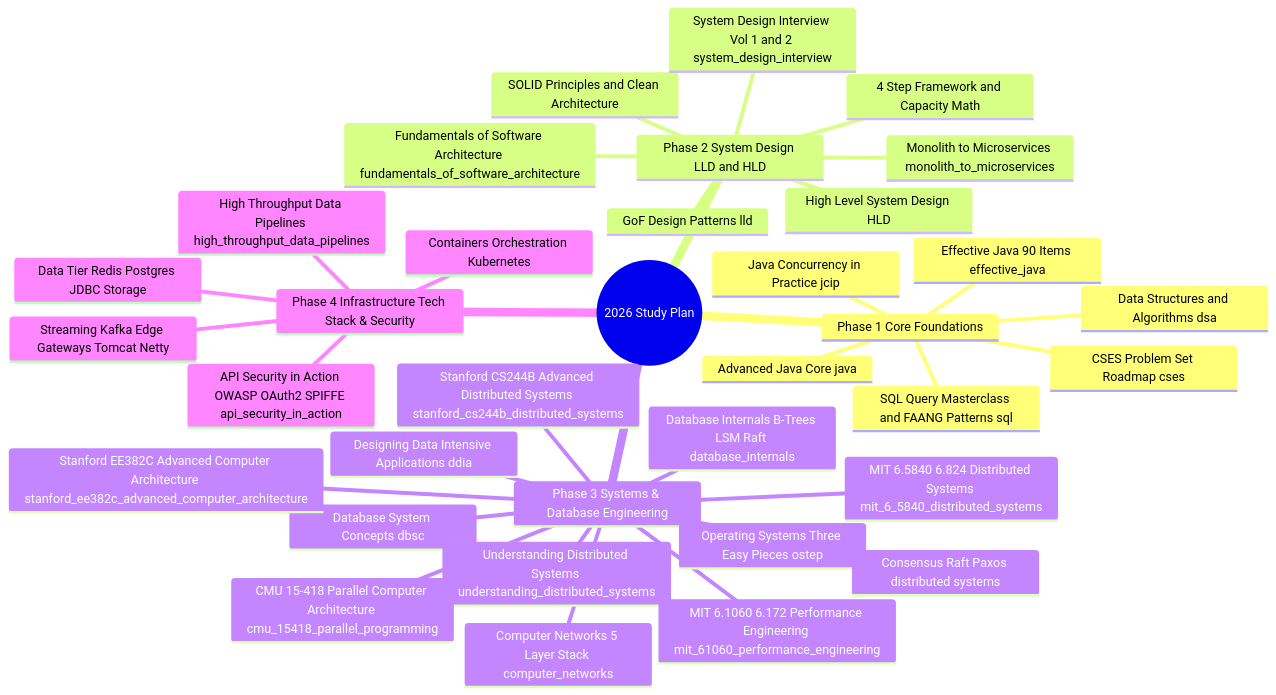
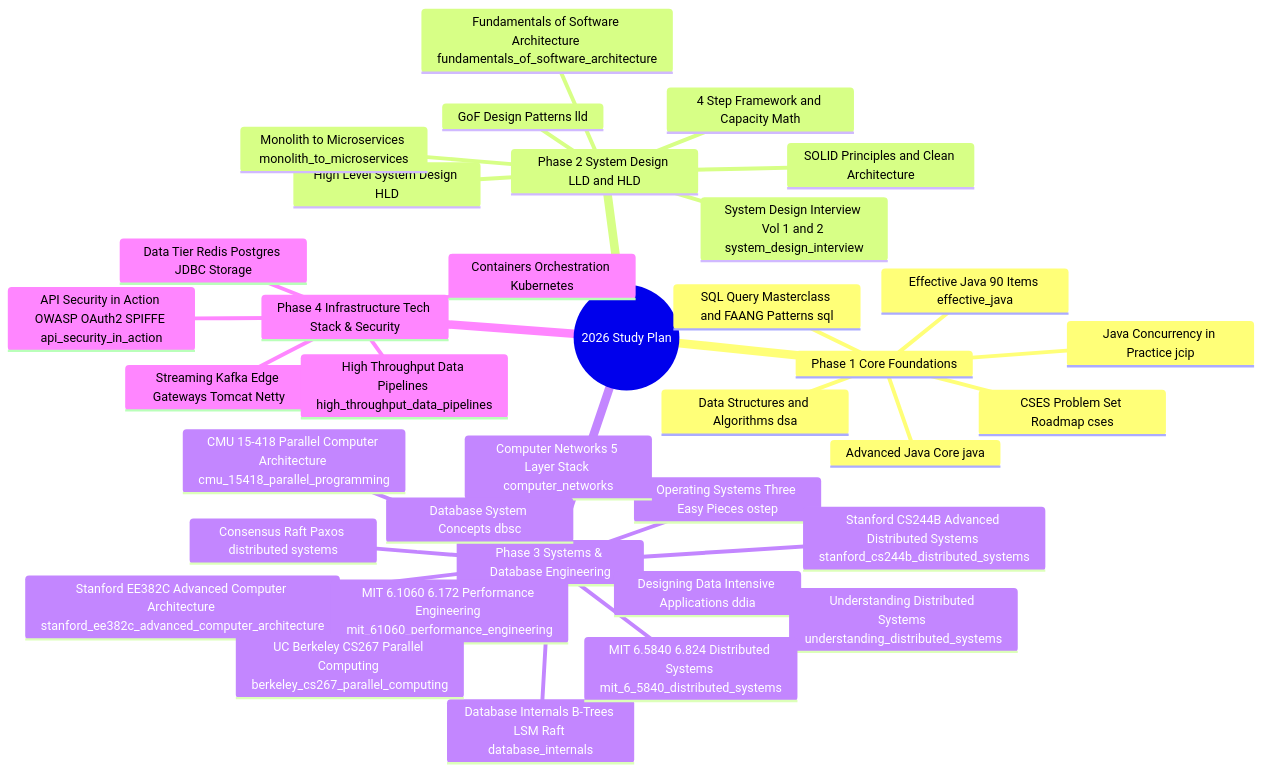
One commit to chauhankartik/private-2026 changed the diagram in STUDY_PLAN_2026.md. Above: the diagram before and after it, drawn with Mermaid. The commit also changed other lines of this file and 5 other files, not shown here.

Commit message:
feat(parallel-comp): add UC Berkeley CS267 Applications of Parallel Computers module with 5 detailed guides, C++ simulation engines, and in-depth Mermaid diagrams

````diff
--- a/STUDY_PLAN_2026.md
+++ b/STUDY_PLAN_2026.md
@@ -9,38 +9,39 @@
 ```mermaid
 mindmap
   root((2026 Study Plan))
     Phase 1 Core Foundations
       Data Structures and Algorithms dsa
       CSES Problem Set Roadmap cses
       Advanced Java Core java
       Effective Java 90 Items effective_java
       Java Concurrency in Practice jcip
       SQL Query Masterclass and FAANG Patterns sql
     Phase 2 System Design LLD and HLD
       SOLID Principles and Clean Architecture
       GoF Design Patterns lld
       High Level System Design HLD
       4 Step Framework and Capacity Math
       System Design Interview Vol 1 and 2 system_design_interview
       Fundamentals of Software Architecture fundamentals_of_software_architecture
       Monolith to Microservices monolith_to_microservices
     Phase 3 Systems & Database Engineering
       Operating Systems Three Easy Pieces ostep
       Computer Networks 5 Layer Stack computer_networks
       Database System Concepts dbsc
       Database Internals B-Trees LSM Raft database_internals
       Designing Data Intensive Applications ddia
       Consensus Raft Paxos distributed systems
       Understanding Distributed Systems understanding_distributed_systems
       MIT 6.5840 6.824 Distributed Systems mit_6_5840_distributed_systems
       Stanford CS244B Advanced Distributed Systems stanford_cs244b_distributed_systems
       CMU 15-418 Parallel Computer Architecture cmu_15418_parallel_programming
       Stanford EE382C Advanced Computer Architecture stanford_ee382c_advanced_computer_architecture
       MIT 6.1060 6.172 Performance Engineering mit_61060_performance_engineering
+      UC Berkeley CS267 Parallel Computing berkeley_cs267_parallel_computing
     Phase 4 Infrastructure Tech Stack & Security
       Data Tier Redis Postgres JDBC Storage
       Streaming Kafka Edge Gateways Tomcat Netty
       High Throughput Data Pipelines high_throughput_data_pipelines
       Containers Orchestration Kubernetes
       API Security in Action OWASP OAuth2 SPIFFE api_security_in_action
 ```
````
